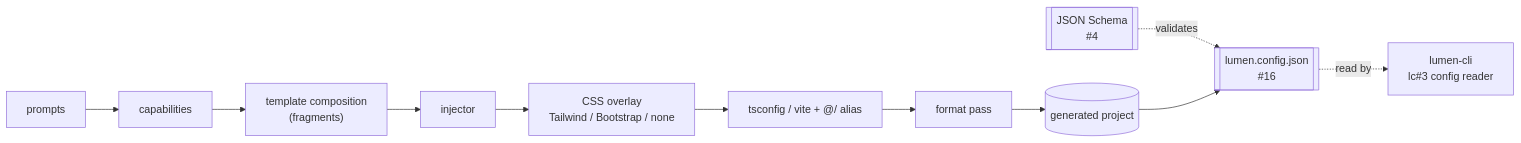
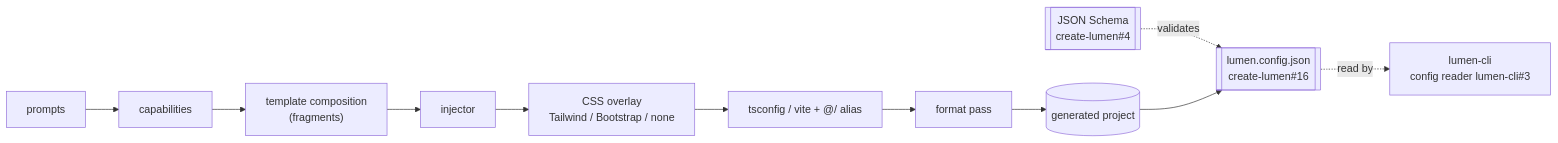
One commit to LUMEN-SH/create-lumen changed the fourth of 5 diagrams in docs/PLAN.md. Above: the diagram before and after it, drawn with Mermaid. The commit also changed other lines of this file and 1 other file, not shown here.

Commit message:
docs: use explicit repo#issue refs in roadmap/plan (drop cl#/lc#)

````diff
--- a/docs/PLAN.md
+++ b/docs/PLAN.md
@@ -165,13 +166,13 @@
 ```mermaid
 flowchart LR
-    P["prompts"] --> CAP["capabilities"]
-    CAP --> COMP["template composition<br/>(fragments)"]
-    COMP --> INJ["injector"]
-    INJ --> CSS["CSS overlay<br/>Tailwind / Bootstrap / none"]
-    CSS --> CFG["tsconfig / vite + @/ alias"]
-    CFG --> FMT["format pass"]
-    FMT --> OUT[("generated project")]
-    SCHEMA[["JSON Schema<br/>#4"]] -. "validates" .-> MAN[["lumen.config.json<br/>#16"]]
-    OUT --> MAN
-    MAN -. "read by" .-> CLI["lumen-cli<br/>lc#3 config reader"]
+    Prompts["prompts"] --> Capabilities["capabilities"]
+    Capabilities --> Composition["template composition<br/>(fragments)"]
+    Composition --> Injector["injector"]
+    Injector --> CssOverlay["CSS overlay<br/>Tailwind / Bootstrap / none"]
+    CssOverlay --> Config["tsconfig / vite + @/ alias"]
+    Config --> Format["format pass"]
+    Format --> Output[("generated project")]
+    Schema[["JSON Schema<br/>create-lumen#4"]] -. "validates" .-> Manifest[["lumen.config.json<br/>create-lumen#16"]]
+    Output --> Manifest
+    Manifest -. "read by" .-> CliReader["lumen-cli<br/>config reader lumen-cli#3"]
 ```
````
